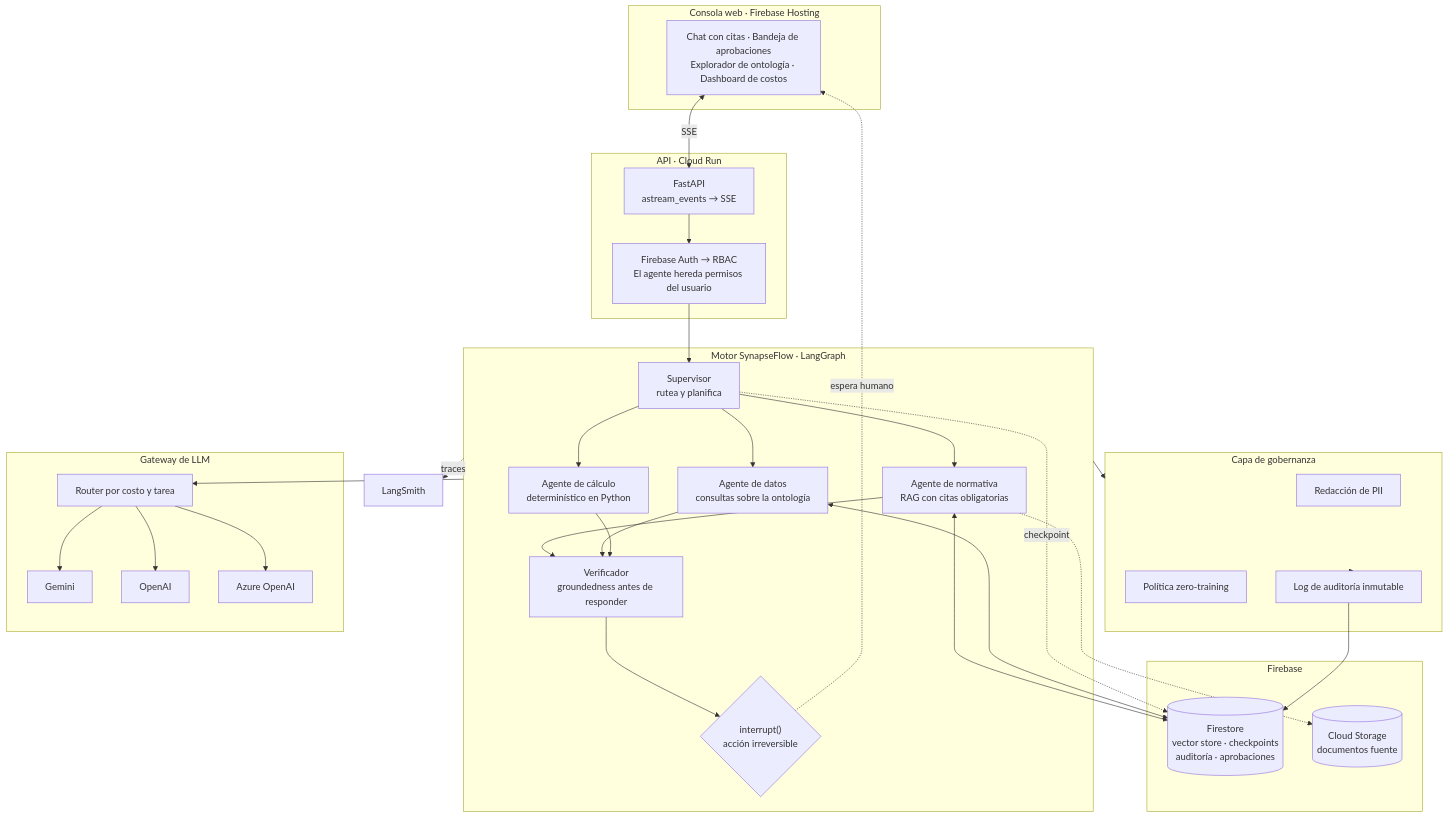
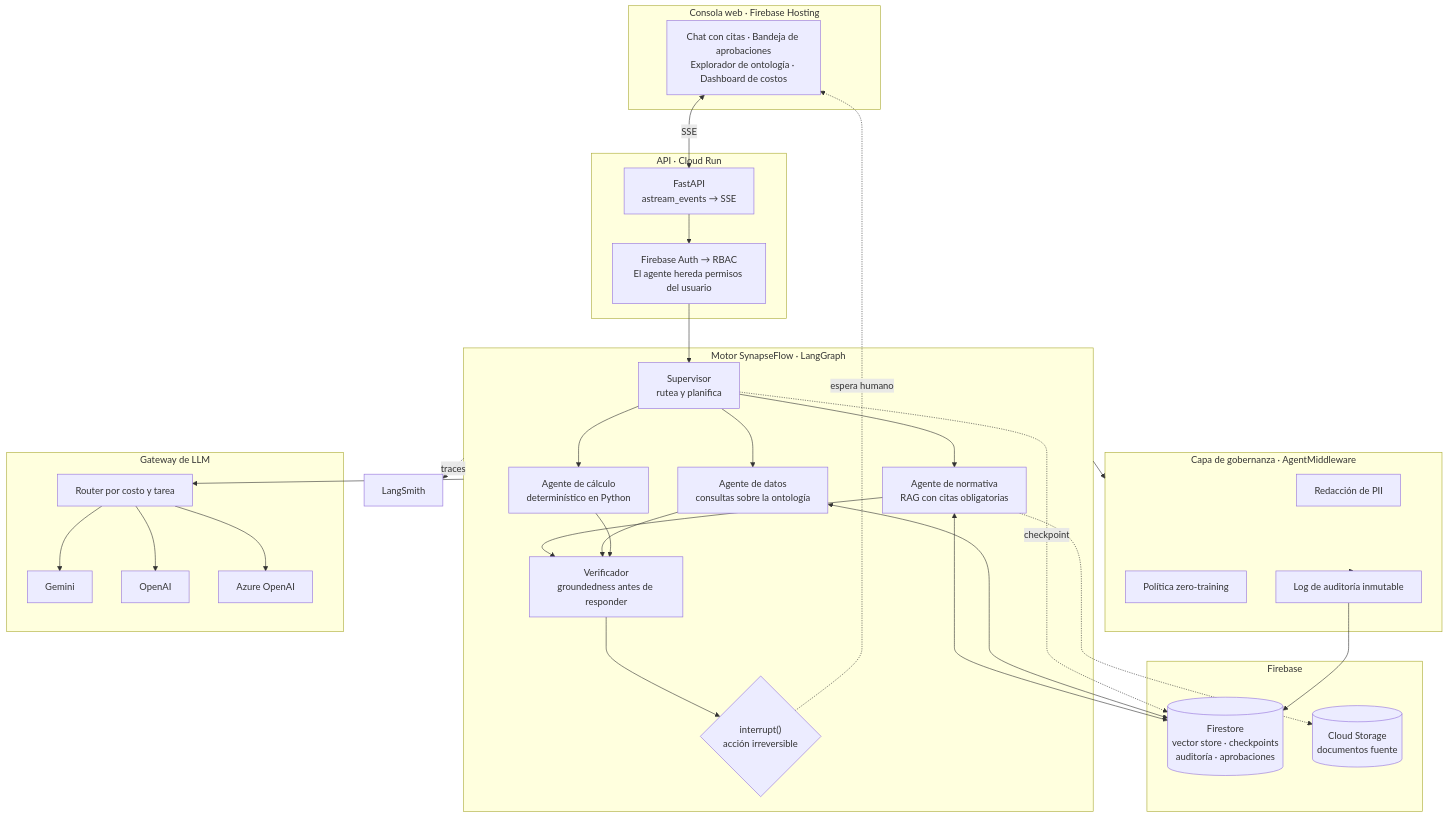
The diagram in README.md (leanaraque/SynapseFlow), drawn with Mermaid before and after one commit. The commit also changed other lines of this file and 22 other files, not shown here.

````diff
--- a/README.md
+++ b/README.md
@@ -74,54 +94,54 @@
 ```mermaid
 flowchart TB
     subgraph client["Consola web · Firebase Hosting"]
         UI["Chat con citas · Bandeja de aprobaciones<br/>Explorador de ontología · Dashboard de costos"]
     end
 
     subgraph api["API · Cloud Run"]
         FASTAPI["FastAPI<br/>astream_events → SSE"]
         AUTH["Firebase Auth → RBAC<br/>El agente hereda permisos del usuario"]
     end
 
     subgraph core["Motor SynapseFlow · LangGraph"]
         SUP["Supervisor<br/>rutea y planifica"]
         NORM["Agente de normativa<br/>RAG con citas obligatorias"]
         DATOS["Agente de datos<br/>consultas sobre la ontología"]
         CALC["Agente de cálculo<br/>determinístico en Python"]
         VERIF["Verificador<br/>groundedness antes de responder"]
         HITL{"interrupt()<br/>acción irreversible"}
     end
 
-    subgraph gov["Capa de gobernanza"]
+    subgraph gov["Capa de gobernanza · AgentMiddleware"]
         PII["Redacción de PII"]
         POL["Política zero-training"]
         AUDIT["Log de auditoría inmutable"]
     end
 
     subgraph data["Firebase"]
         FS[("Firestore<br/>vector store · checkpoints<br/>auditoría · aprobaciones")]
         GCS[("Cloud Storage<br/>documentos fuente")]
     end
 
     subgraph llm["Gateway de LLM"]
         GW["Router por costo y tarea"]
         GEM["Gemini"]
         OAI["OpenAI"]
         AZ["Azure OpenAI"]
     end
 
     UI <-->|SSE| FASTAPI
     FASTAPI --> AUTH --> SUP
     SUP --> NORM & DATOS & CALC
     NORM & DATOS & CALC --> VERIF
     VERIF --> HITL
     HITL -.->|espera humano| UI
     NORM <--> FS
     DATOS <--> FS
     SUP -.->|checkpoint| FS
     NORM -.-> GCS
     core --> gov
     gov --> AUDIT --> FS
     core --> GW
     GW --> GEM & OAI & AZ
     core -.->|traces| LS["LangSmith"]
 ```
````
